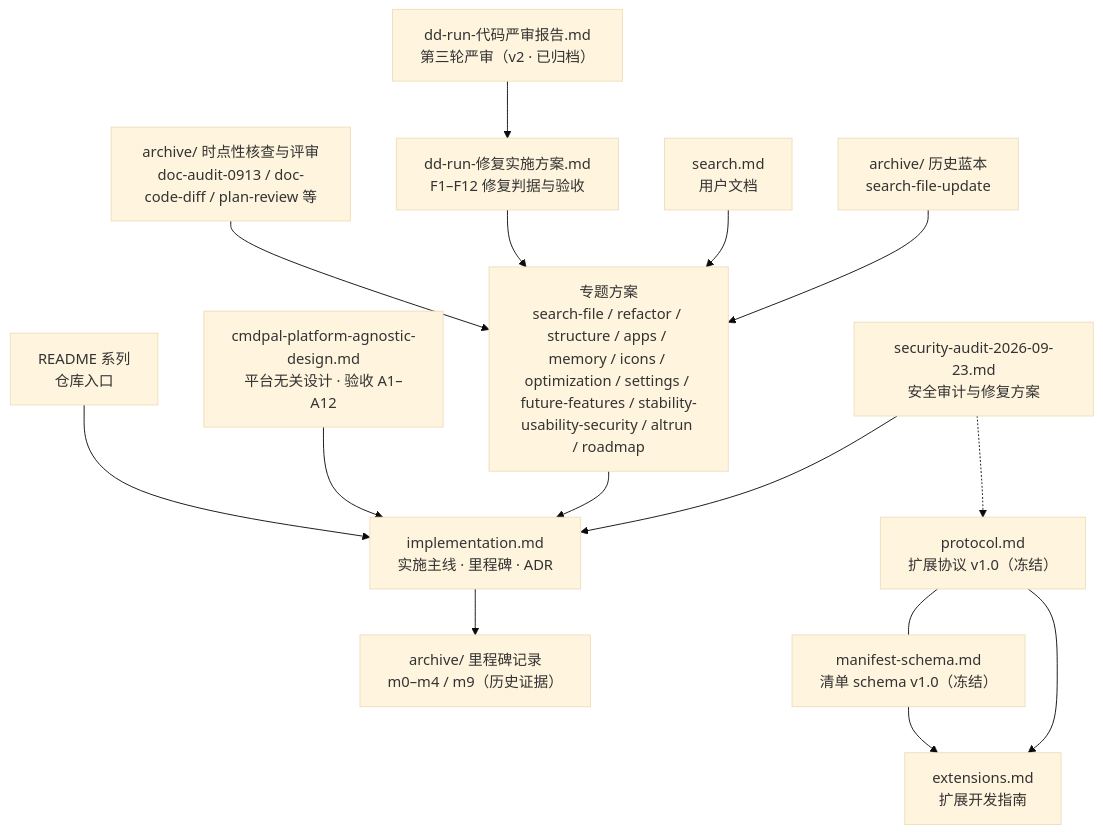
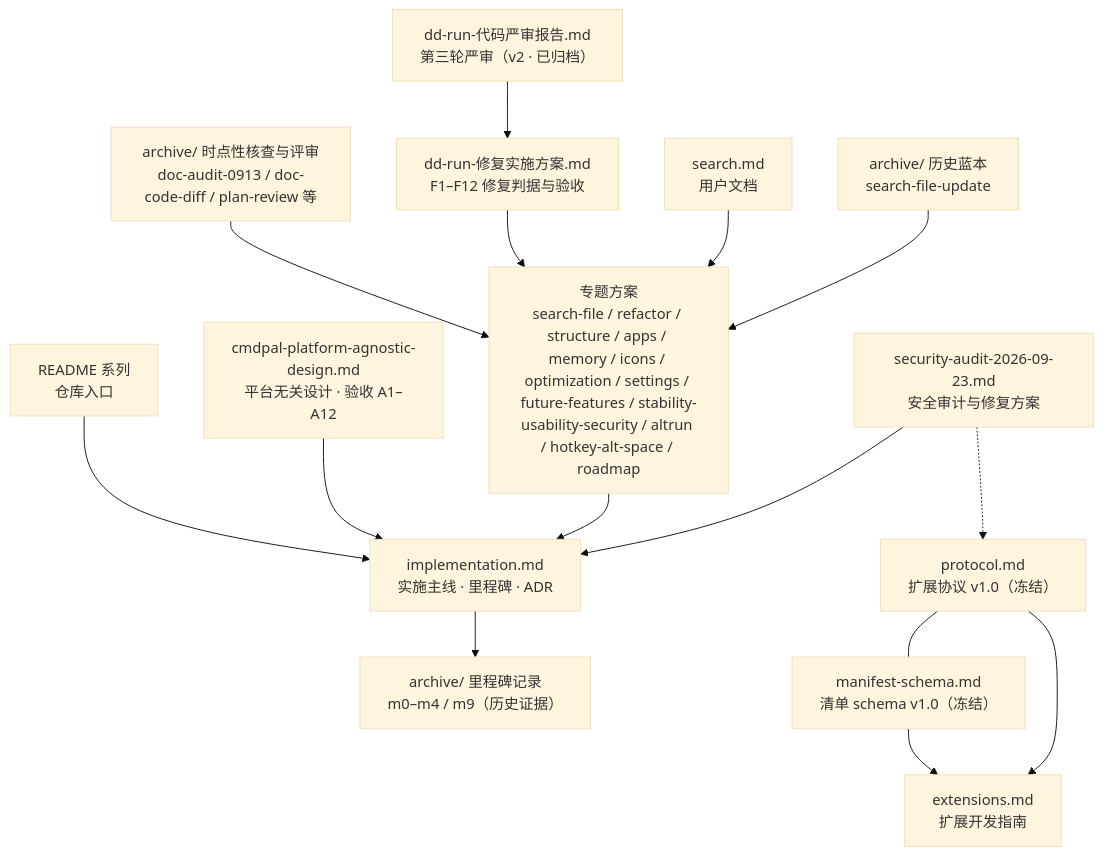
Before and after one commit to Yang-SH/dd-run: the diagram in docs/INDEX.md, drawn with Mermaid (base theme). The commit also changed other lines of this file and 18 other files, not shown here.

First line of the commit message:
feat(gui,docs): 全局热键默认值切换 Alt+Space——对齐 ALTRun，R-21 黑名单收为三组合

````diff
--- a/docs/INDEX.md
+++ b/docs/INDEX.md
@@ -25,20 +25,20 @@
 ```mermaid
 flowchart TD
     README["README 系列<br/>仓库入口"] --> IMPL
     IMPL["implementation.md<br/>实施主线 · 里程碑 · ADR"]
     DESIGN["cmdpal-platform-agnostic-design.md<br/>平台无关设计 · 验收 A1–A12"] --> IMPL
     IMPL --> REC["archive/ 里程碑记录<br/>m0–m4 / m9（历史证据）"]
 
     PROTO["protocol.md<br/>扩展协议 v1.0（冻结）"] --- MANIFEST["manifest-schema.md<br/>清单 schema v1.0（冻结）"]
     MANIFEST --> EXT["extensions.md<br/>扩展开发指南"]
     PROTO --> EXT
 
-    PLAN["专题方案<br/>search-file / refactor / structure / apps / memory / icons / optimization / settings / future-features / stability-usability-security / altrun / roadmap"] --> IMPL
+    PLAN["专题方案<br/>search-file / refactor / structure / apps / memory / icons / optimization / settings / future-features / stability-usability-security / altrun / hotkey-alt-space / roadmap"] --> IMPL
     REVIEW["archive/ 时点性核查与评审<br/>doc-audit-0913 / doc-code-diff / plan-review 等"] --> PLAN
     FIX["dd-run-修复实施方案.md<br/>F1–F12 修复判据与验收"] --> PLAN
     REV3["dd-run-代码严审报告.md<br/>第三轮严审（v2 · 已归档）"] --> FIX
     AUDIT["security-audit-2026-09-23.md<br/>安全审计与修复方案"] --> IMPL
     AUDIT -.-> PROTO
     USERDOC["search.md<br/>用户文档"] --> PLAN
     ARCHIVE["archive/ 历史蓝本<br/>search-file-update"] --> PLAN
 ```
````
